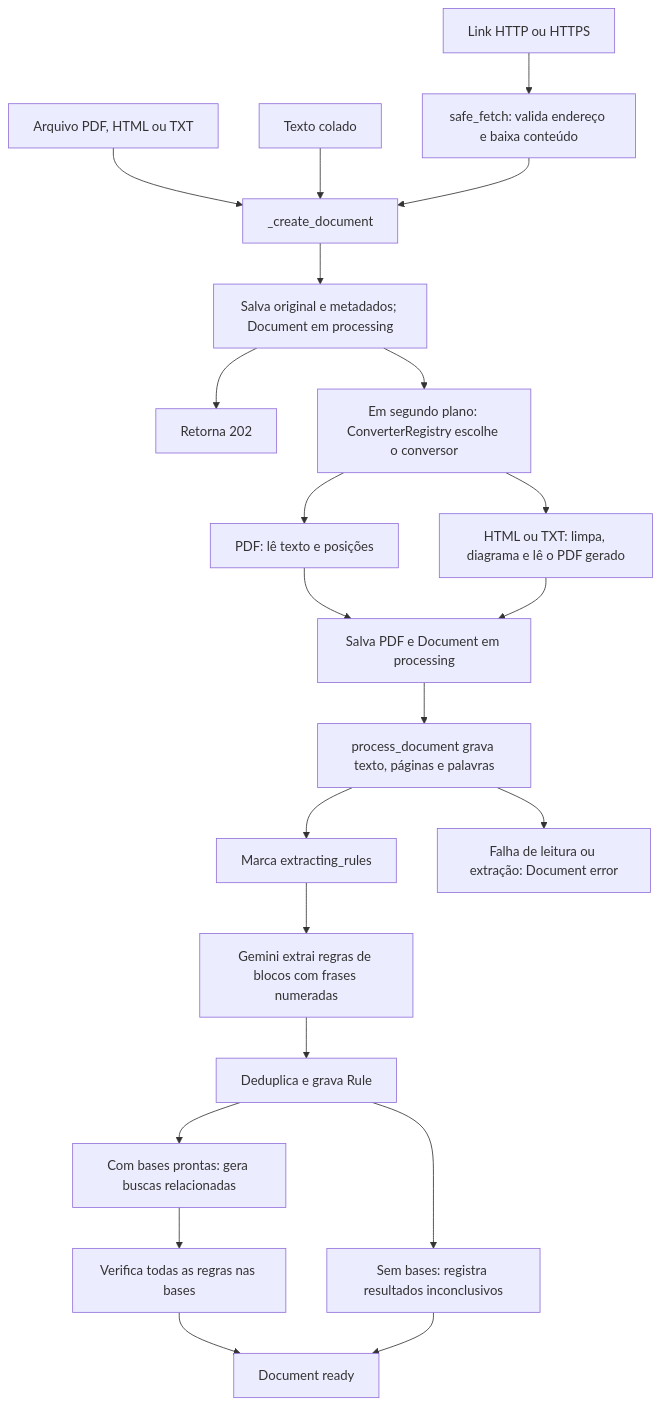
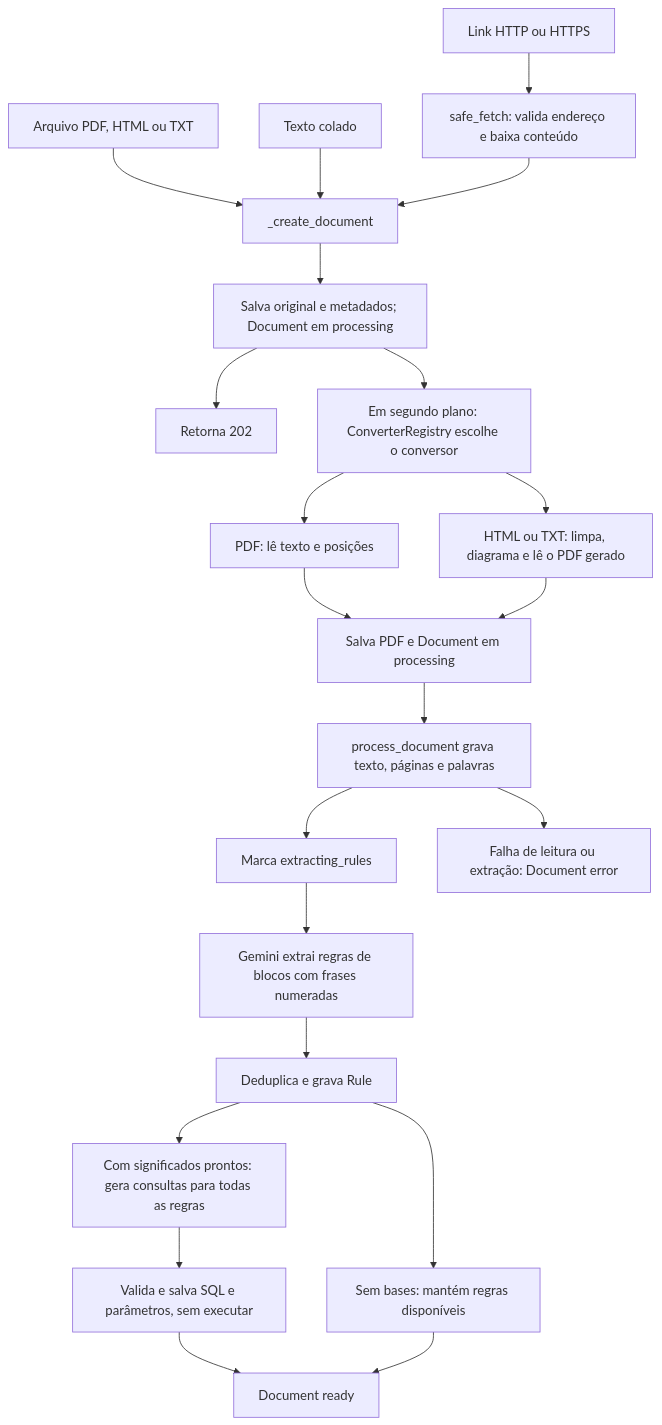
One commit to brunpena/ic-grifo changed the third of 8 diagrams in docs/fluxos.md. Above: the diagram before and after it, drawn with Mermaid. The commit also changed other lines of this file and 5 other files, not shown here.

````diff
--- a/docs/fluxos.md
+++ b/docs/fluxos.md
@@ -78,24 +78,24 @@
 ```mermaid
 flowchart TD
     A["Arquivo PDF, HTML ou TXT"] --> D["_create_document"]
     B["Texto colado"] --> D
     C["Link HTTP ou HTTPS"] --> S["safe_fetch: valida endereço e baixa conteúdo"]
     S --> D
     D --> ORIGINAL["Salva original e metadados; Document em processing"]
     ORIGINAL --> RESP["Retorna 202"]
     ORIGINAL --> R["Em segundo plano: ConverterRegistry escolhe o conversor"]
     R --> P["PDF: lê texto e posições"]
     R --> H["HTML ou TXT: limpa, diagrama e lê o PDF gerado"]
     P --> G["Salva PDF e Document em processing"]
     H --> G
     G --> T["process_document grava texto, páginas e palavras"]
     T --> E["Marca extracting_rules"]
     E --> L["Gemini extrai regras de blocos com frases numeradas"]
     L --> U["Deduplica e grava Rule"]
-    U --> Q["Com bases prontas: gera buscas relacionadas"]
-    Q --> V["Verifica todas as regras nas bases"]
-    U --> N["Sem bases: registra resultados inconclusivos"]
+    U --> Q["Com significados prontos: gera consultas para todas as regras"]
+    Q --> V["Valida e salva SQL e parâmetros, sem executar"]
+    U --> N["Sem bases: mantém regras disponíveis"]
     V --> OK["Document ready"]
     N --> OK
     T --> ER["Falha de leitura ou extração: Document error"]
 ```
````
